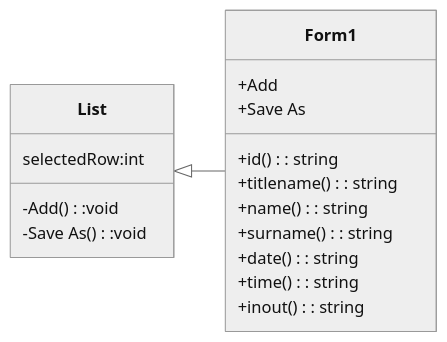
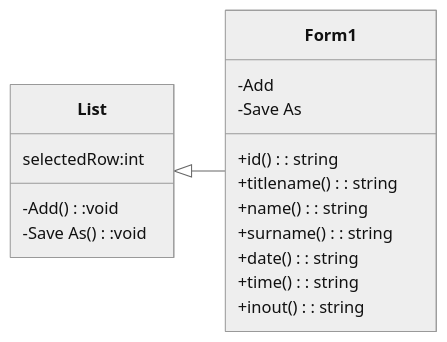
One commit to kongphop3212/Final-Project-Assignment changed the diagram in README.md. Above: the diagram before and after it, drawn with Mermaid (neutral theme).

````diff
--- a/README.md
+++ b/README.md
@@ -9,21 +9,21 @@
 ```mermaid
 classDiagram
   List <|--Form1
   direction LR
   class List{
   selectedRow:int
   -Add():void
   -Save As():void
   }
   class Form1{
-  +Add
-  +Save As
+  -Add
+  -Save As
   +id() : string
   +titlename() : string
   +name() : string
   +surname() : string
   +date() : string
   +time() : string
   +inout() : string
   }
 ```
````
